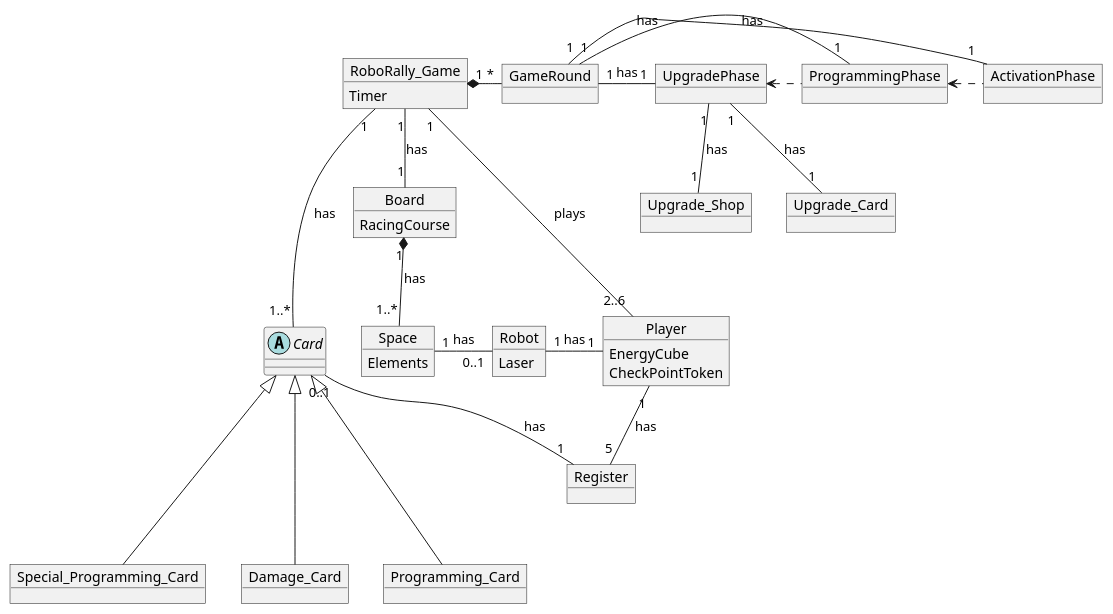
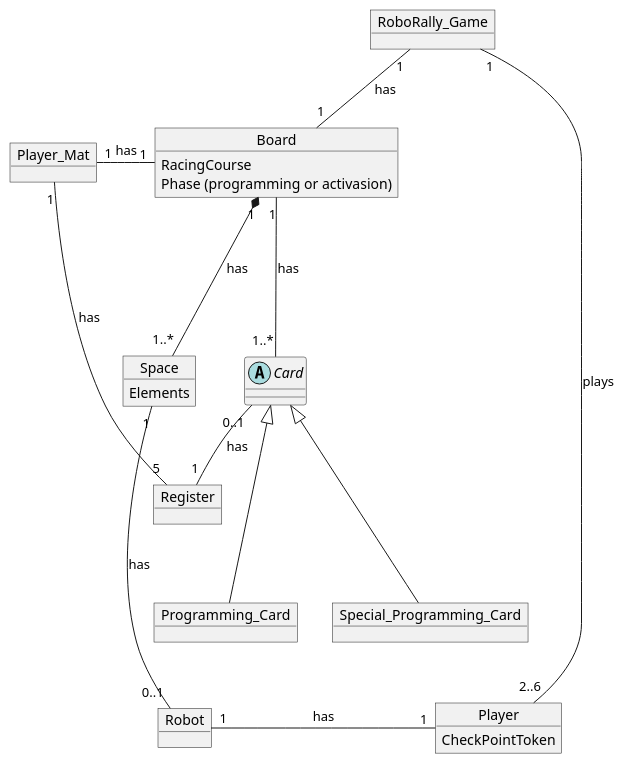
The diagram in PlantUML/DomainModel.puml (GabeKierk889/Gruppe-10-RoboRally), drawn with PlantUML before and after one commit.

Commit message:
Domain model updated

```diff
--- a/PlantUML/DomainModel.puml
+++ b/PlantUML/DomainModel.puml
@@ -1,88 +1,56 @@
 @startuml
 'https://plantuml.com/class-diagram
 
 object RoboRally_Game {
-    Timer
 }
 
 object Player {
-    EnergyCube
     CheckPointToken
+}
+
+object Player_Mat {
+
 }
 
 object Register {
 
 }
 
 object Robot {
-    Laser
+
 }
 
 object Board {
     RacingCourse
+    Phase (programming or activasion)
 }
 
 object Programming_Card {
 
 }
 
 object Special_Programming_Card {
-
-}
-
-object Damage_Card {
-
-}
-
-object Upgrade_Card {
-
-}
-
-object Upgrade_Shop {
 
 }
 
 object Space {
     Elements
 }
 
 abstract Card {
 
 }
 
-object UpgradePhase {
-
-}
-
-object ProgrammingPhase {
-
-}
-
-object ActivationPhase {
-
-}
-
-object GameRound {
-}
-
-RoboRally_Game"1" -- "2..6"Player : plays
-RoboRally_Game"1" *-R- "*"GameRound
-GameRound"1" -R- "1"UpgradePhase : has
-GameRound"1" -R- "1"ProgrammingPhase : has
-GameRound"1" -R- "1"ActivationPhase : has
-UpgradePhase <. ProgrammingPhase
-ProgrammingPhase <. ActivationPhase
 RoboRally_Game"1"-- "1"Board : has
-Board"1" *-- "1..*"Space : has
-Space"1" - "0..1"Robot : has
+Board"1" *--- "1..*"Space : has
+Space"1" ---- "0..1"Robot : has
 Player"1" -L- "1"Robot : has
-UpgradePhase"1" -- "1"Upgrade_Card : has
-UpgradePhase"1" -- "1"Upgrade_Shop : has
-Player"1" -- "5"Register : has
-RoboRally_Game"1" --- "1..*"Card : has
+Board"1" --- "1..*"Card : has
 Card <|--- Programming_Card
-Card <|--- Damage_Card
 Card <|--- Special_Programming_Card
 Card"0..1" -- "1"Register : has
+Player_Mat"1" - "1"Board : has
+Player_Mat"1" -- "5"Register : has
+RoboRally_Game"1" -- "2..6"Player : plays
 
 @enduml
```
